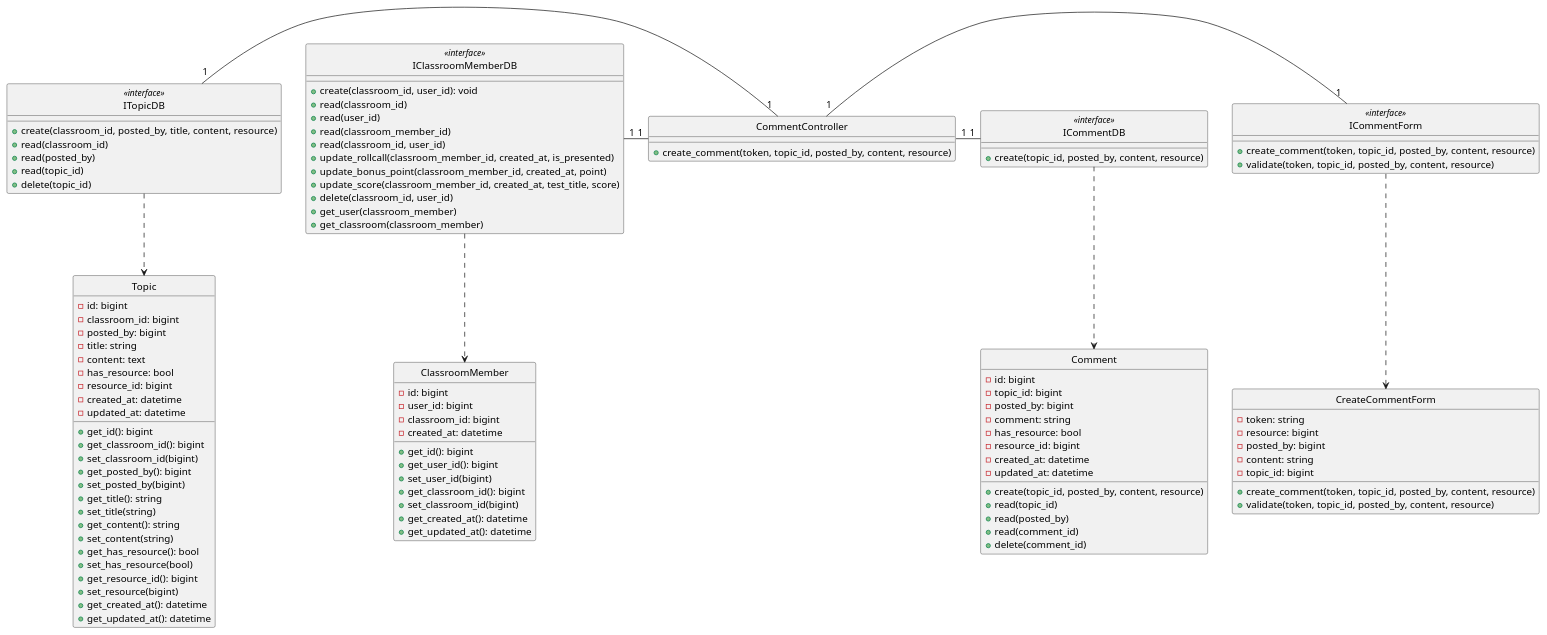
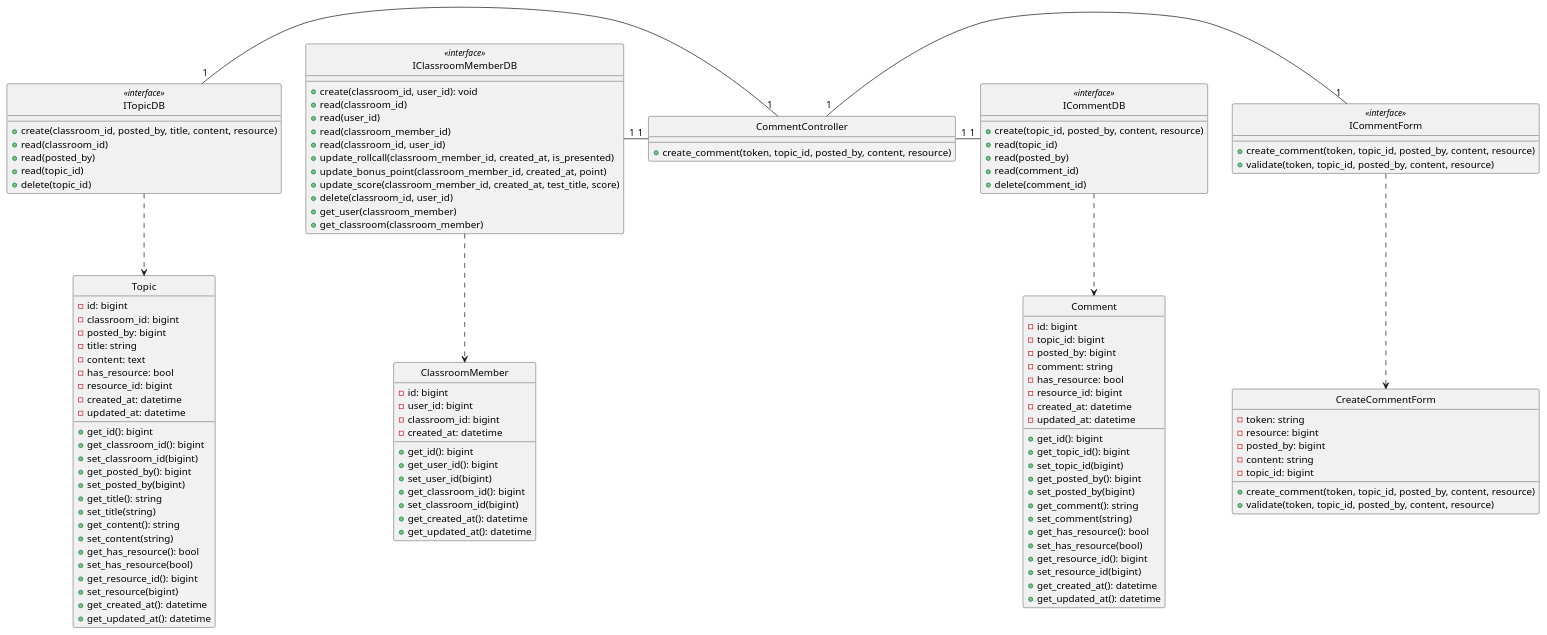
One commit to anonyhostvn/OOAD-Diagram changed the diagram in class - design/comment/createComment.plantuml. Above: the diagram before and after it, drawn with PlantUML. The commit also changed 2 other files, not shown here.

Commit message:
fix comment DB

```diff
--- a/class - design/comment/createComment.plantuml
+++ b/class - design/comment/createComment.plantuml
@@ -1,132 +1,144 @@
 @startuml createComment
 
 class CreateCommentForm {
     - token: string
     - resource: bigint
     - posted_by: bigint
     - content: string
     - topic_id: bigint
 
     + create_comment(token, topic_id, posted_by, content, resource)
     + validate(token, topic_id, posted_by, content, resource)
 }
 
 class ICommentForm <<interface>> {
     + create_comment(token, topic_id, posted_by, content, resource)
     + validate(token, topic_id, posted_by, content, resource)
 }
 
 class CommentController {
     + create_comment(token, topic_id, posted_by, content, resource)
 }
 
 class ClassroomMember {
     - id: bigint
     - user_id: bigint
     - classroom_id: bigint
     - created_at: datetime
 
     + get_id(): bigint
     + get_user_id(): bigint
     + set_user_id(bigint)
     + get_classroom_id(): bigint
     + set_classroom_id(bigint)
     + get_created_at(): datetime
     + get_updated_at(): datetime
 }
 
 class IClassroomMemberDB <<interface>> {
     + create(classroom_id, user_id): void
     + read(classroom_id)
     + read(user_id)
     + read(classroom_member_id)
     + read(classroom_id, user_id)
     + update_rollcall(classroom_member_id, created_at, is_presented)
     + update_bonus_point(classroom_member_id, created_at, point)
     + update_score(classroom_member_id, created_at, test_title, score)
     + delete(classroom_id, user_id)
     + get_user(classroom_member)
     + get_classroom(classroom_member)
 }
 
 
 class Topic {
     - id: bigint
     - classroom_id: bigint
     - posted_by: bigint
     - title: string
     - content: text
     - has_resource: bool
     - resource_id: bigint
     - created_at: datetime
     - updated_at: datetime
 
     + get_id(): bigint
     + get_classroom_id(): bigint
     + set_classroom_id(bigint)
     + get_posted_by(): bigint
     + set_posted_by(bigint)
     + get_title(): string
     + set_title(string)
     + get_content(): string
     + set_content(string)
     + get_has_resource(): bool
     + set_has_resource(bool)
     + get_resource_id(): bigint
     + set_resource(bigint)
     + get_created_at(): datetime
     + get_updated_at(): datetime
 }
 
 class ITopicDB <<interface>> {
     + create(classroom_id, posted_by, title, content, resource)
     + read(classroom_id)
     + read(posted_by)
     + read(topic_id)
     + delete(topic_id)
 }
 
 
 class Comment {
     - id: bigint
     - topic_id: bigint
     - posted_by: bigint
     - comment: string
     - has_resource: bool
     - resource_id: bigint
     - created_at: datetime
     - updated_at: datetime
 
+    + get_id(): bigint
+    + get_topic_id(): bigint
+    + set_topic_id(bigint)
+    + get_posted_by(): bigint
+    + set_posted_by(bigint)
+    + get_comment(): string
+    + set_comment(string)
+    + get_has_resource(): bool
+    + set_has_resource(bool)
+    + get_resource_id(): bigint
+    + set_resource_id(bigint)
+    + get_created_at(): datetime
+    + get_updated_at(): datetime
+}
+
+class ICommentDB <<interface>> {
     + create(topic_id, posted_by, content, resource)
     + read(topic_id)
     + read(posted_by)
     + read(comment_id)
     + delete(comment_id)
-}
-
-class ICommentDB <<interface>> {
-    + create(topic_id, posted_by, content, resource)
 }
 
 hide CreateCommentForm circle
 hide ICommentForm <<interface>> circle
 hide CommentController circle
 hide IClassroomMemberDB <<interface>> circle
 hide ClassroomMember circle
 hide ITopicDB <<interface>> circle
 hide Topic circle 
 hide ICommentDB <<interface>> circle
 hide Comment circle 
 
 
 ICommentForm .down.> CreateCommentForm
 IClassroomMemberDB .down.> ClassroomMember
 ITopicDB .down.> Topic
 ICommentDB .down.> Comment
 ICommentForm "1"-left-"1" CommentController
 CommentController "1"-left-"1" IClassroomMemberDB
 CommentController "1"-left-"1" ITopicDB
 CommentController "1"-right-"1" ICommentDB
 
 
 @enduml
```
